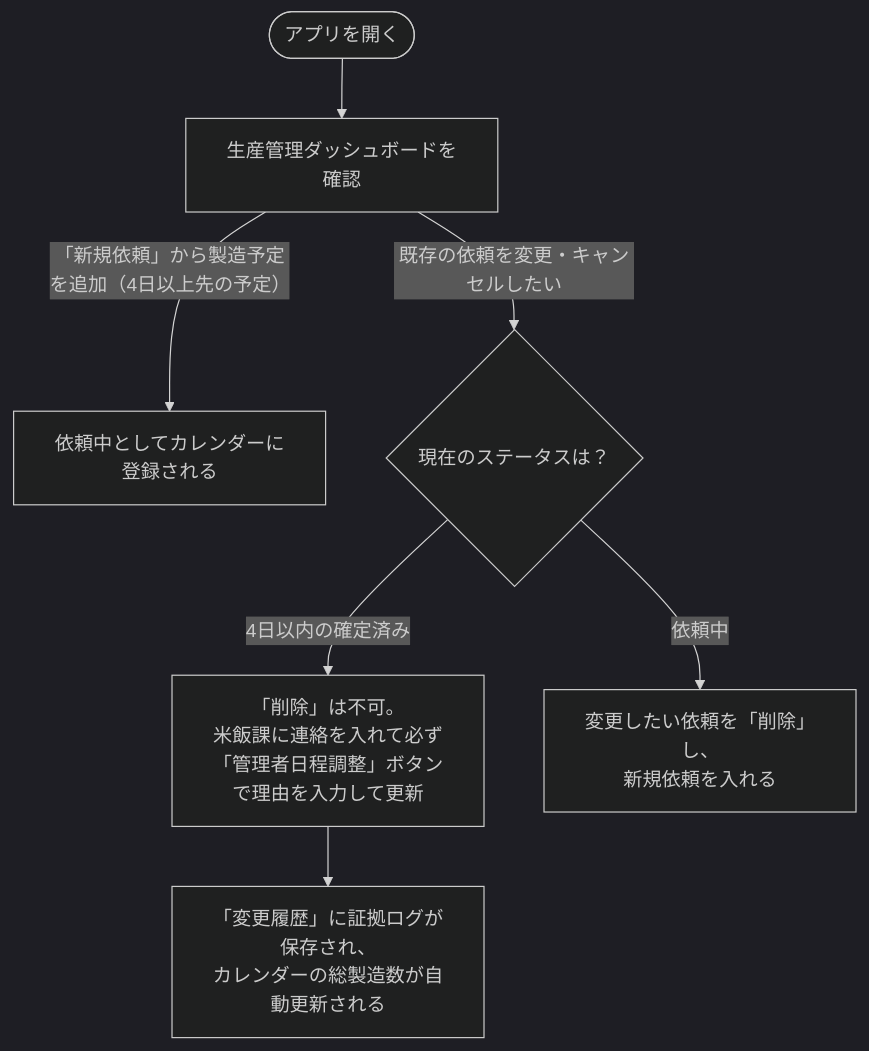
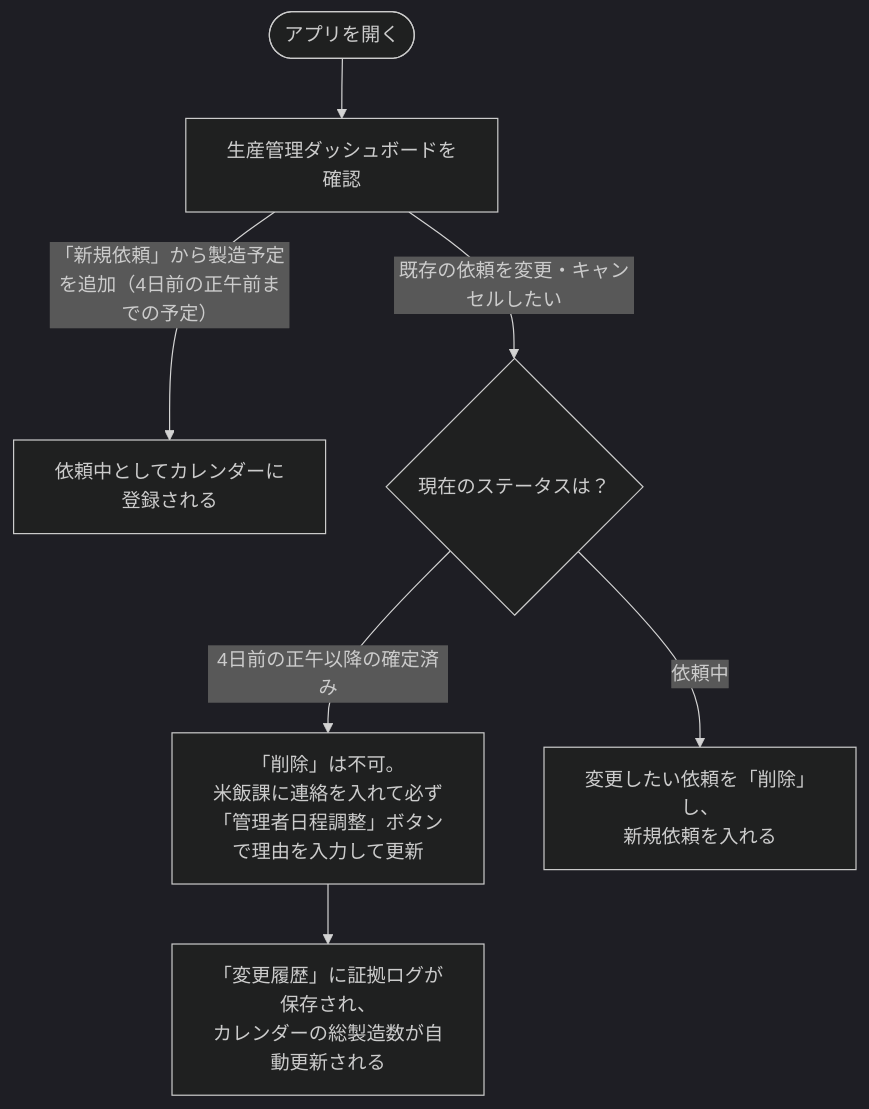
One commit to mihiro10/beihanka_irai_docs changed the diagram in user_guides/production_management.md. Above: the diagram before and after it, drawn with Mermaid (dark theme). The commit also changed other lines of this file and 5 other files, not shown here.

````diff
--- a/user_guides/production_management.md
+++ b/user_guides/production_management.md
@@ -9,9 +9,9 @@
 ```mermaid
 flowchart TB
     Start(["アプリを開く"]) --> Dash["生産管理ダッシュボードを確認"]
-    Dash -- 「新規依頼」から製造予定を追加（4日以上先の予定） --> Draft["依頼中としてカレンダーに登録される"]
+    Dash -- 「新規依頼」から製造予定を追加（4日前の正午前までの予定） --> Draft["依頼中としてカレンダーに登録される"]
     Dash -- 既存の依頼を変更・キャンセルしたい --> CheckStatus{"現在のステータスは？"}
-    CheckStatus -- 4日以内の確定済み --> Admin["「削除」は不可。<br>米飯課に連絡を入れて必ず<br>「管理者日程調整」ボタンで理由を入力して更新"]
+    CheckStatus -- 4日前の正午以降の確定済み --> Admin["「削除」は不可。<br>米飯課に連絡を入れて必ず<br>「管理者日程調整」ボタンで理由を入力して更新"]
     CheckStatus -- 依頼中 --> Free["変更したい依頼を「削除」し、<br>新規依頼を入れる"]
     Admin --> Log["「変更履歴」に証拠ログが保存され、<br>カレンダーの総製造数が自動更新される"]
 ```
````
